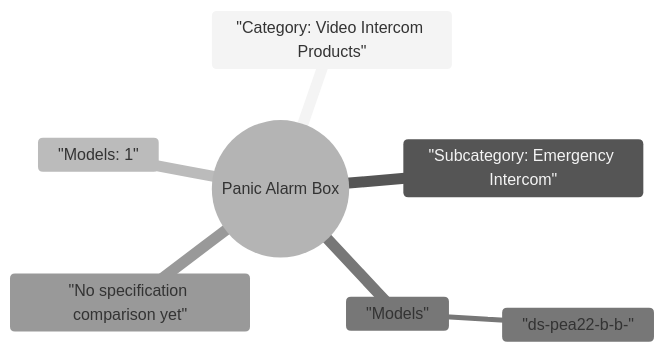
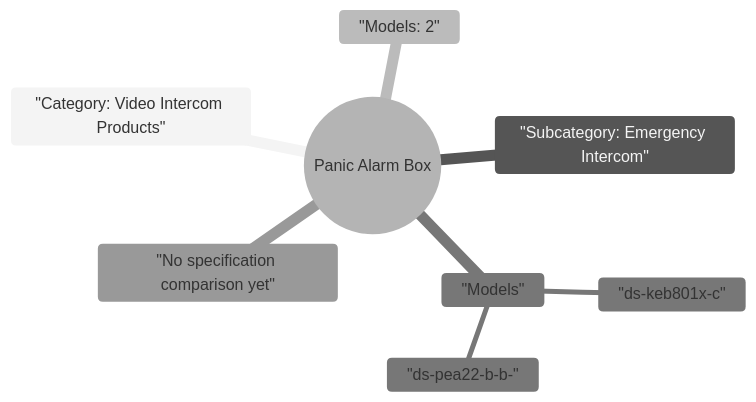
One commit to 123321step/hikvision-product-map changed the diagram in site/mindmaps/en-video-intercom-products-emergency-intercom-panic-alarm-box.mmd. Above: the diagram before and after it, drawn with Mermaid (neutral theme). The commit also changed 136 other files, not shown here.

```diff
--- a/site/mindmaps/en-video-intercom-products-emergency-intercom-panic-alarm-box.mmd
+++ b/site/mindmaps/en-video-intercom-products-emergency-intercom-panic-alarm-box.mmd
@@ -1,8 +1,9 @@
 mindmap
   root(("Panic Alarm Box"))
     "Category: Video Intercom Products"
     "Subcategory: Emergency Intercom"
-    "Models: 1"
+    "Models: 2"
     "Models"
+      "ds-keb801x-c"
       "ds-pea22-b-b-"
     "No specification comparison yet"
```
